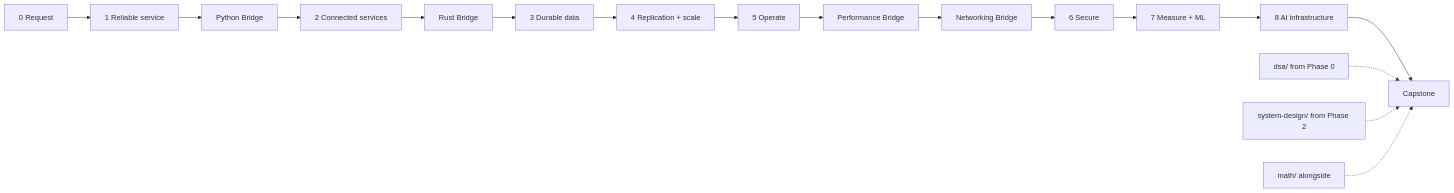
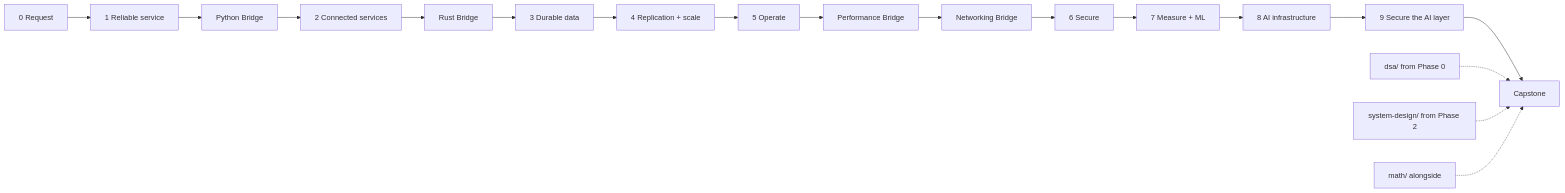
One commit to nickemma/Nicholas-Engineering-Blueprint changed the second of 2 diagrams in JOURNEY.md. Above: the diagram before and after it, drawn with Mermaid. The commit also changed other lines of this file and 217 other files, not shown here.

```diff
--- a/JOURNEY.md
+++ b/JOURNEY.md
@@ -175,10 +175,10 @@
 ~~~mermaid
 flowchart LR
     P0[0 Request] --> P1[1 Reliable service] --> PY[Python Bridge] --> P2[2 Connected services]
     P2 --> RB[Rust Bridge] --> P3[3 Durable data] --> P4[4 Replication + scale]
     P4 --> P5[5 Operate] --> PB[Performance Bridge] --> NB[Networking Bridge] --> P6[6 Secure]
-    P6 --> P7[7 Measure + ML] --> P8[8 AI infrastructure] --> C[Capstone]
+    P6 --> P7[7 Measure + ML] --> P8[8 AI infrastructure] --> P9[9 Secure the AI layer] --> C[Capstone]
     DSA[dsa/ from Phase 0] -.-> C
     SD[system-design/ from Phase 2] -.-> C
     M[math/ alongside] -.-> C
 ~~~
```
